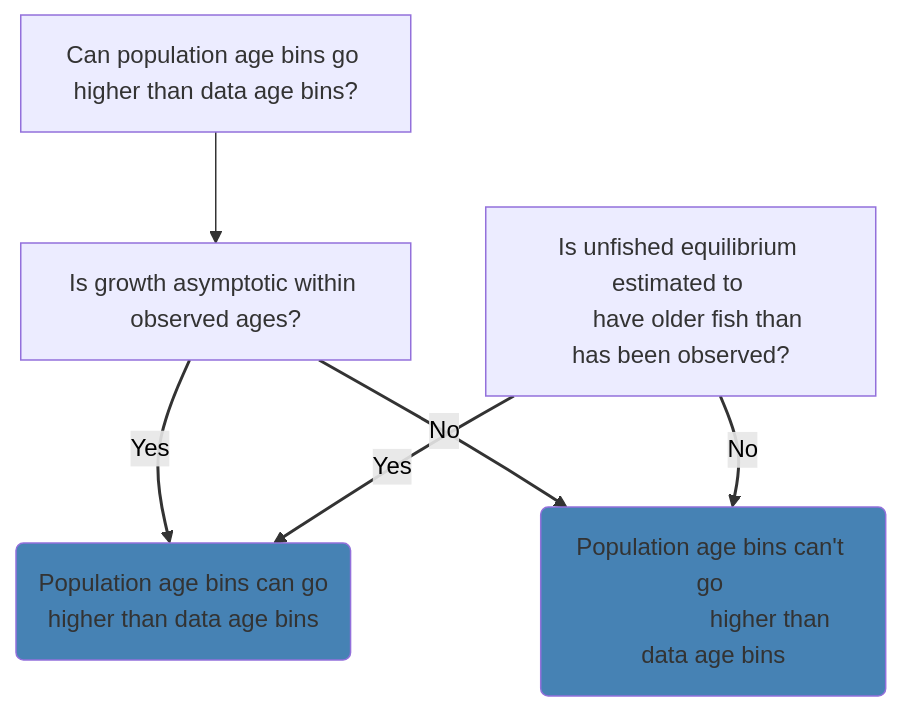
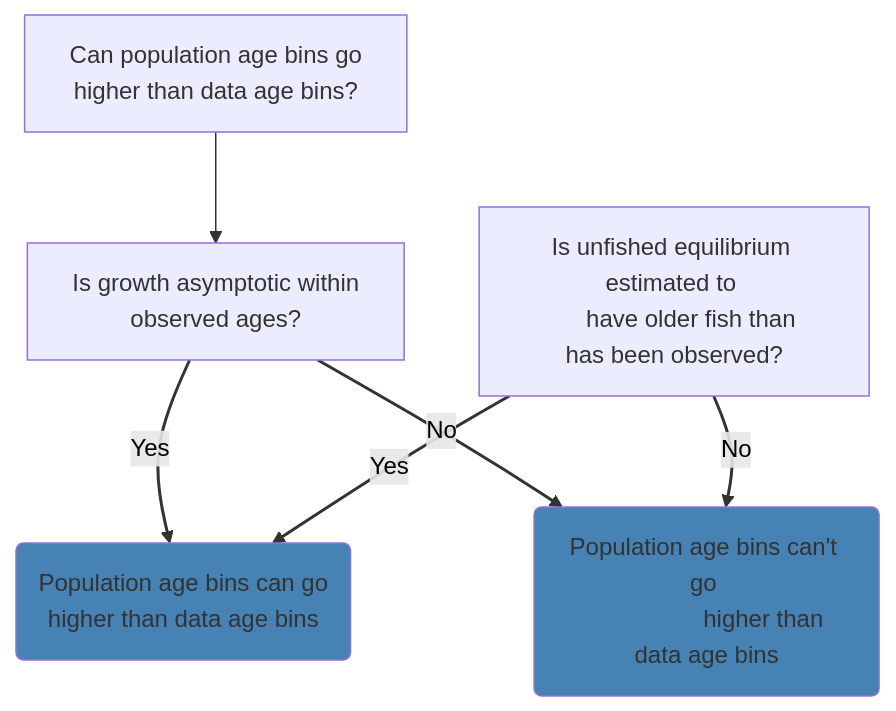
The sixth of 6 diagrams in website/qmds/ss3_setup_decisions.qmd (nmfs-ost/ss3-website), drawn with Mermaid before and after one commit.

````diff
--- a/website/qmds/ss3_setup_decisions.qmd
+++ b/website/qmds/ss3_setup_decisions.qmd
@@ -96,14 +96,16 @@
 ```{mermaid}
 flowchart TB
-    A["Can population age bins go higher than data age bins?"] --> B["Is growth asymptotic within observed ages?"]
+    A["Can population age bins go 
+      higher than data age bins?"] --> B["Is growth asymptotic within 
+                                          observed ages?"]
     B -- Yes --> C("Population age bins can go 
-                  higher than data age bins")
+                    higher than data age bins")
     D["Is unfished equilibrium estimated to 
       have older fish than has been observed?"] -- Yes --> C
     B -- No --> E("Population age bins can't go 
                   higher than data age bins")
     D -- No --> E
     linkStyle 1,2,3,4 stroke-width:2px,color:black
     style C fill:steelblue
     style E fill:steelblue
 ```
````
